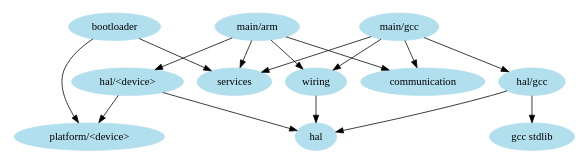
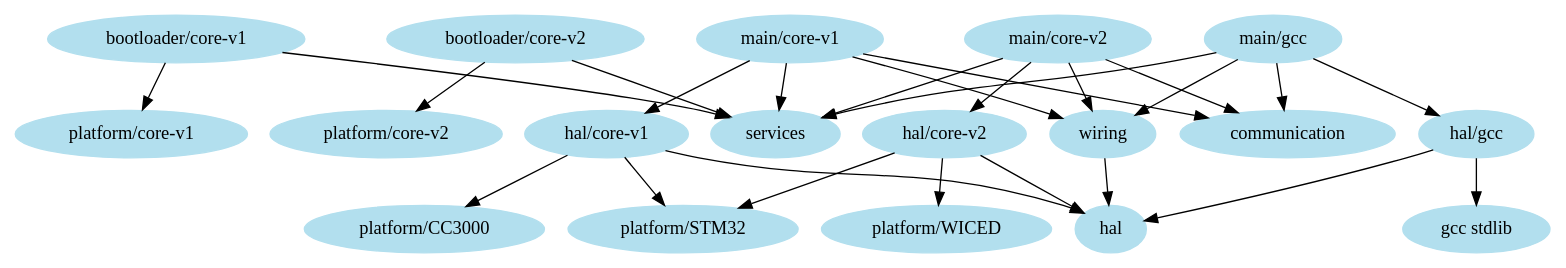
The diagram in dependencies.gv (particle-iot/device-os), drawn with Graphviz before and after one commit. The commit also changed 1 other file, not shown here.

```diff
--- a/dependencies.gv
+++ b/dependencies.gv
@@ -1,31 +1,44 @@
 digraph dependencies {
-	size="6,6";
+	size="600,600";
 	node [color=lightblue2, style=filled];
 
 # bootloader is coded directly to the platform it targets and pulls in some
 # hardware neutral code (presently LED control)
-"bootloader" -> "platform/<device>";
-"bootloader" -> "services";
+"bootloader/core-v1" -> "platform/core-v1";
+"bootloader/core-v1" -> "services";
 
-"wiring" -> "hal";
-
+"bootloader/core-v2" -> "platform/core-v2";
+"bootloader/core-v2" -> "services";
 
 # compile binary for STM32
-"main/arm" -> "wiring";
-"main/arm" -> "communication";
-"main/arm" -> "services";
-"main/arm" -> "hal/<device>";
+"main/core-v1" -> "wiring";
+"main/core-v1" -> "communication";
+"main/core-v1" -> "services";
+"main/core-v1" -> "hal/core-v1";
+
+"main/core-v2" -> "wiring";
+"main/core-v2" -> "communication";
+"main/core-v2" -> "services";
+"main/core-v2" -> "hal/core-v2";
 
 "main/gcc" -> "wiring";
 "main/gcc" -> "communication";
 "main/gcc" -> "services";
 "main/gcc" -> "hal/gcc";
 
-"hal/<device>" -> "hal";
-"hal/<device>" -> "platform/<device>";
+"hal/core-v1" -> "hal";
+"hal/core-v1" -> "platform/STM32";
+"hal/core-v1" -> "platform/CC3000";
+
+"hal/core-v2" -> "hal";
+"hal/core-v2" -> "platform/STM32";
+"hal/core-v2" -> "platform/WICED";
+
 
 "hal/gcc" -> "hal";
 "hal/gcc" -> "gcc stdlib";
 
+"wiring" -> "hal";
+
         
 }
```
